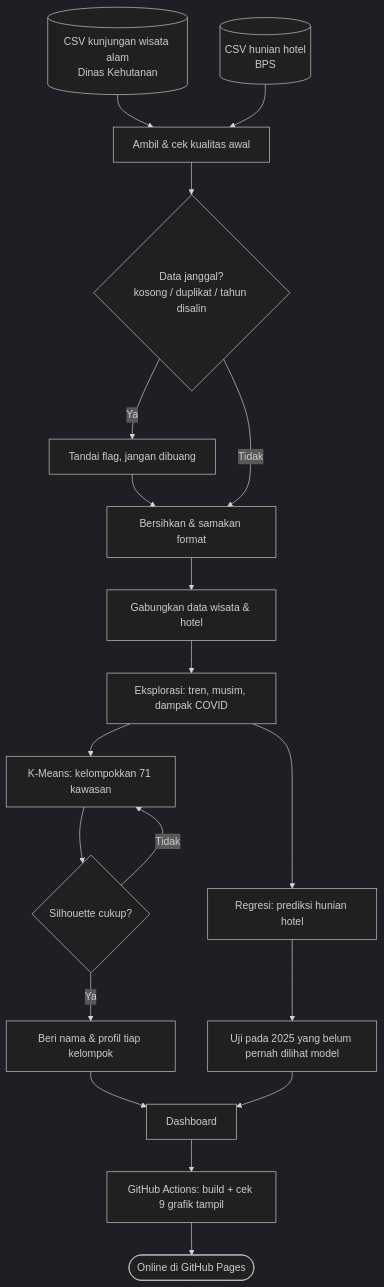
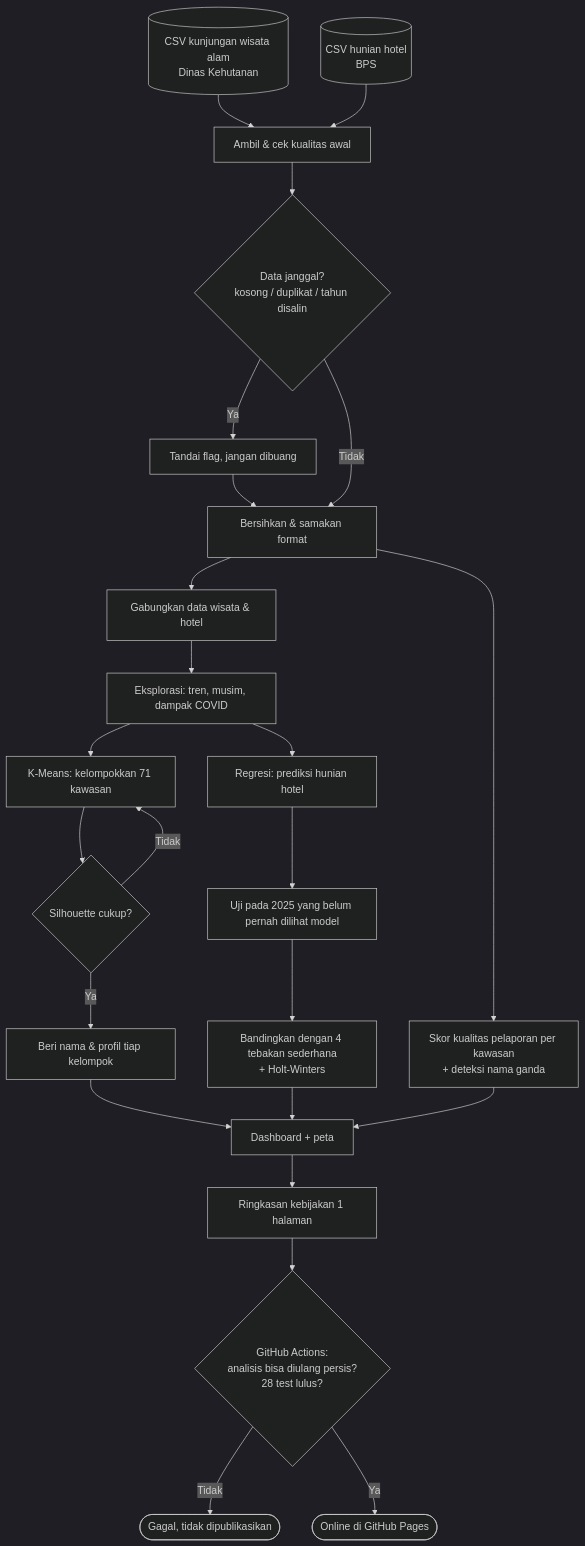
Before and after one commit to rivaldimhr/Data-Analytics: the second of 3 diagrams in README.md, drawn with Mermaid (dark theme). The commit also changed other lines of this file and 1 other file, not shown here.

Commit message:
README: perbandingan model, skor kualitas data, peta, filter, pengujian; diagram aktivitas diperbarui

````diff
--- a/README.md
+++ b/README.md
@@ -37,19 +46,25 @@
 ```mermaid
 flowchart TB
   R1[(CSV kunjungan wisata alam<br>Dinas Kehutanan)] --> O[Ambil & cek kualitas awal]
   R2[(CSV hunian hotel<br>BPS)] --> O
   O --> Q{Data janggal?<br>kosong / duplikat / tahun disalin}
   Q -- Ya --> F1[Tandai flag, jangan dibuang] --> S1
   Q -- Tidak --> S1[Bersihkan & samakan format]
   S1 --> S2[Gabungkan data wisata & hotel]
   S2 --> X[Eksplorasi: tren, musim, dampak COVID]
   X --> M1[K-Means: kelompokkan 71 kawasan]
   X --> M2[Regresi: prediksi hunian hotel]
   M1 --> V1{Silhouette cukup?}
   V1 -- Tidak --> M1
   V1 -- Ya --> I[Beri nama & profil tiap kelompok]
   M2 --> V2[Uji pada 2025 yang belum pernah dilihat model]
-  I --> D[Dashboard]
-  V2 --> D
-  D --> CI[GitHub Actions: build + cek 9 grafik tampil] --> W([Online di GitHub Pages])
+  V2 --> B2[Bandingkan dengan 4 tebakan sederhana<br>+ Holt-Winters]
+  S1 --> DQ[Skor kualitas pelaporan per kawasan<br>+ deteksi nama ganda]
+  I --> D[Dashboard + peta]
+  B2 --> D
+  DQ --> D
+  D --> RB[Ringkasan kebijakan 1 halaman]
+  RB --> CI{GitHub Actions:<br>analisis bisa diulang persis?<br>28 test lulus?}
+  CI -- Tidak --> STOP([Gagal, tidak dipublikasikan])
+  CI -- Ya --> W([Online di GitHub Pages])
 ```
````
